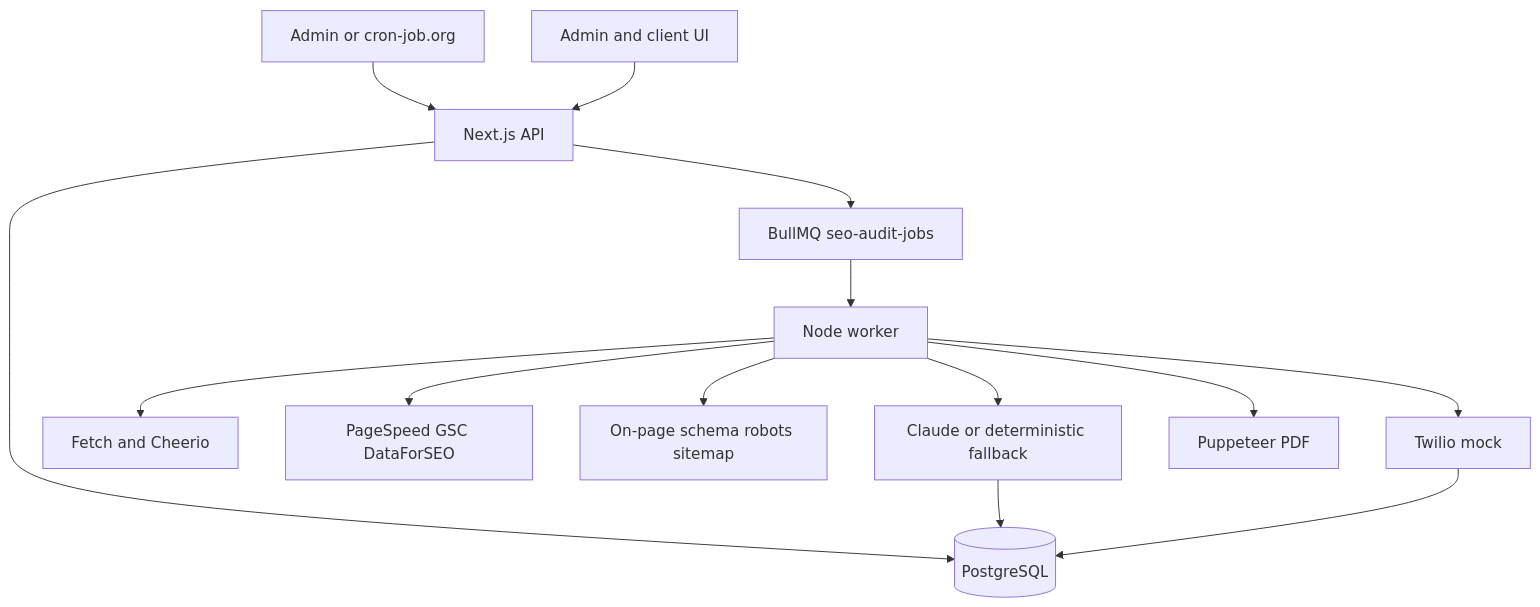
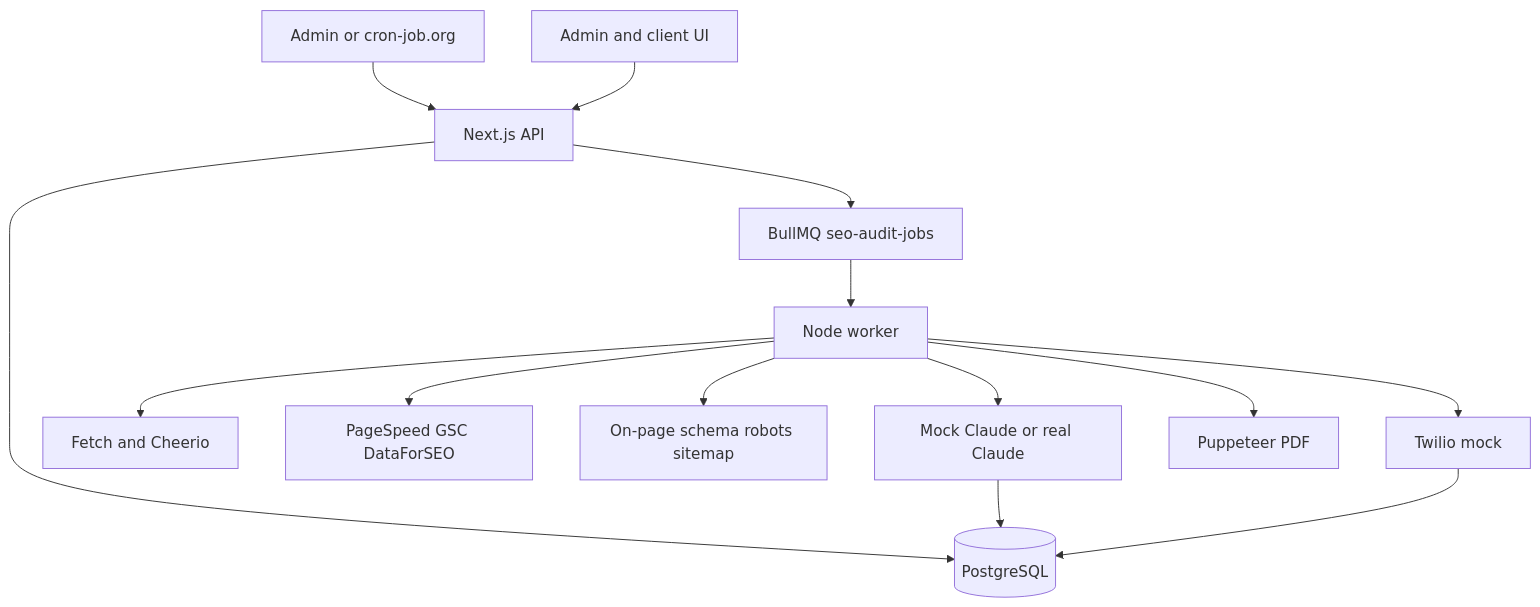
One commit to GovindaMakesai/EdgeLink-Technology changed the diagram in ARCHITECTURE.md. Above: the diagram before and after it, drawn with Mermaid. The commit also changed other lines of this file and 55 other files, not shown here.

````diff
--- a/ARCHITECTURE.md
+++ b/ARCHITECTURE.md
@@ -5,16 +5,16 @@
 ```mermaid
 flowchart TD
   admin[Admin or cron-job.org] --> api[Next.js API]
   api --> db[(PostgreSQL)]
   api --> queue[BullMQ seo-audit-jobs]
   queue --> worker[Node worker]
   worker --> crawl[Fetch and Cheerio]
   worker --> mocks[PageSpeed GSC DataForSEO]
   worker --> analysis[On-page schema robots sitemap]
-  worker --> claude[Claude or deterministic fallback]
+  worker --> claude[Mock Claude or real Claude]
   claude --> db
   worker --> pdf[Puppeteer PDF]
   worker --> whatsapp[Twilio mock]
   whatsapp --> db
   ui[Admin and client UI] --> api
 ```
````
